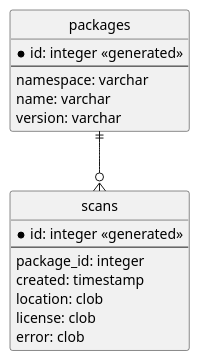
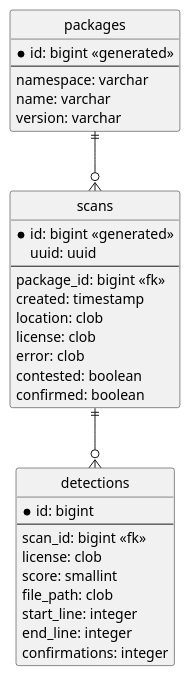
Before and after one commit to philips-software/license-scanner: the diagram in src/main/java/com/philips/research/licensescanner/persistence/schema.puml, drawn with PlantUML. The commit also changed 27 other files, not shown here.

```diff
--- a/src/main/java/com/philips/research/licensescanner/persistence/schema.puml
+++ b/src/main/java/com/philips/research/licensescanner/persistence/schema.puml
@@ -1,26 +1,42 @@
 @startuml
 
 ' Config ERD diagram
 hide circle
 skinparam linetype ortho
 
 entity packages {
-    *id: integer <<generated>>
+    *id: bigint <<generated>>
     ---
     namespace: varchar
     name: varchar
     version: varchar
 }
 
 entity scans {
-    *id: integer <<generated>>
+    *id: bigint <<generated>>
+    uuid: uuid
     ---
-    package_id: integer
+    package_id: bigint <<fk>>
     created: timestamp
     location: clob
     license: clob
     error: clob
+    contested: boolean
+    confirmed: boolean
 }
+packages ||--o{ scans
 
-packages ||--o{ scans
+entity detections {
+    *id: bigint
+    ---
+    scan_id: bigint <<fk>>
+    license: clob
+    score: smallint
+    file_path: clob
+    start_line: integer
+    end_line: integer
+    confirmations: integer
+}
+scans ||--o{ detections
+
 @enduml
```
